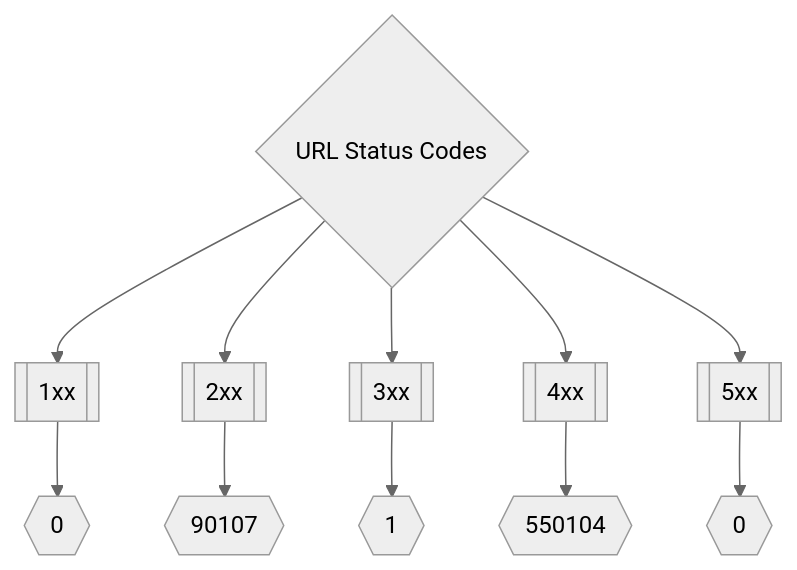
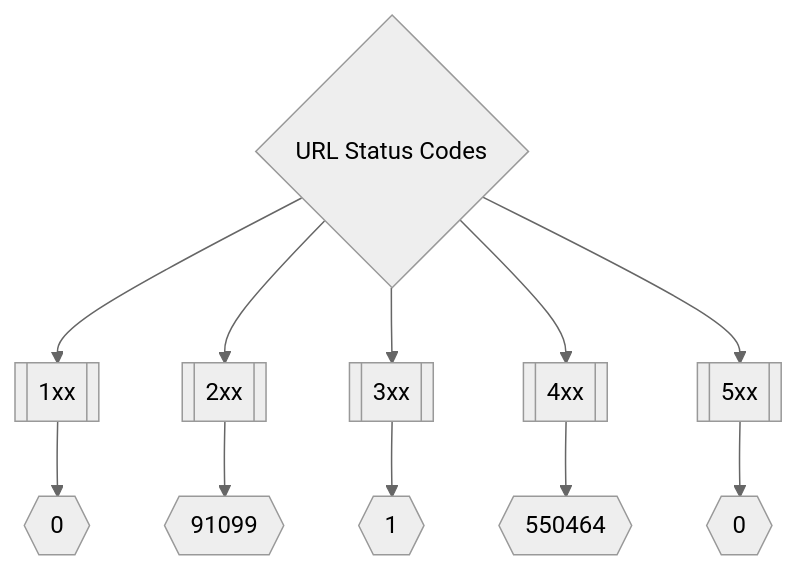
The second of 3 diagrams in README.md (trickest/inventory), drawn with Mermaid (neutral theme) before and after one commit. The commit also changed other lines of this file, not shown here.

Commit message:
Update README.md Mon Jun 27 12:54:10 UTC 2022

````diff
--- a/README.md
+++ b/README.md
@@ -175,8 +175,8 @@
 ```mermaid
 graph TD
 title{URL Status Codes} --> 1xx[[1xx]] --> status1xxNum{{0}}
-title --> 2xx[[2xx]] --> status2xxNum{{90107}}
+title --> 2xx[[2xx]] --> status2xxNum{{91099}}
 title --> 3xx[[3xx]] --> status3xxNum{{1}}
-title --> 4xx[[4xx]] --> status4xxNum{{550104}}
+title --> 4xx[[4xx]] --> status4xxNum{{550464}}
 title --> 5xx[[5xx]] --> status5xxNum{{0}}
 ```
````
